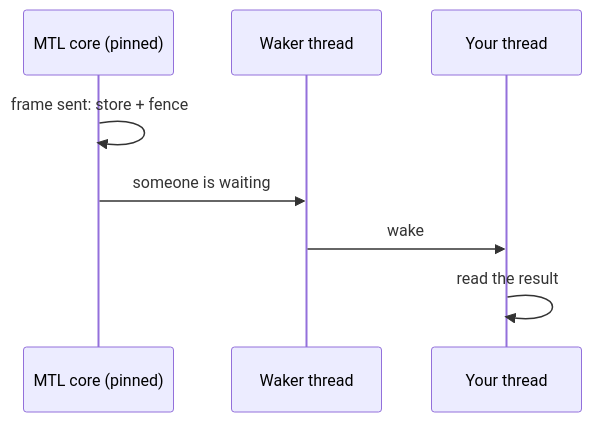
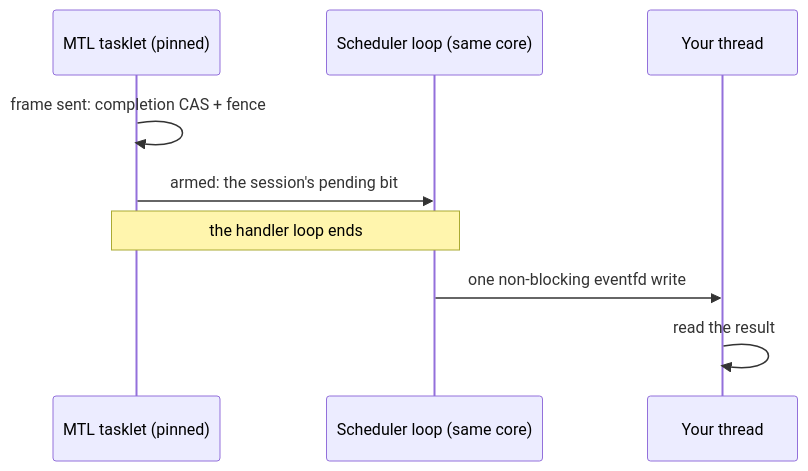
Before and after one commit to Sakoram/Media-Transport-Library: the second of 6 diagrams in doc/unified-api/presentation/slides.md, drawn with Mermaid. The commit also changed other lines of this file and 56 other files, not shown here.

````diff
--- a/doc/unified-api/presentation/slides.md
+++ b/doc/unified-api/presentation/slides.md
@@ -126,10 +161,11 @@
 ```mermaid
 sequenceDiagram
-    participant T as MTL core (pinned)
-    participant K as Waker thread
+    participant T as MTL tasklet (pinned)
+    participant L as Scheduler loop (same core)
     participant A as Your thread
-    T->>T: frame sent: store + fence
-    T->>K: someone is waiting
-    K->>A: wake
+    T->>T: frame sent: completion CAS + fence
+    T->>L: armed: the session's pending bit
+    Note over T,L: the handler loop ends
+    L->>A: one non-blocking eventfd write
     A->>A: read the result
 ```
````
